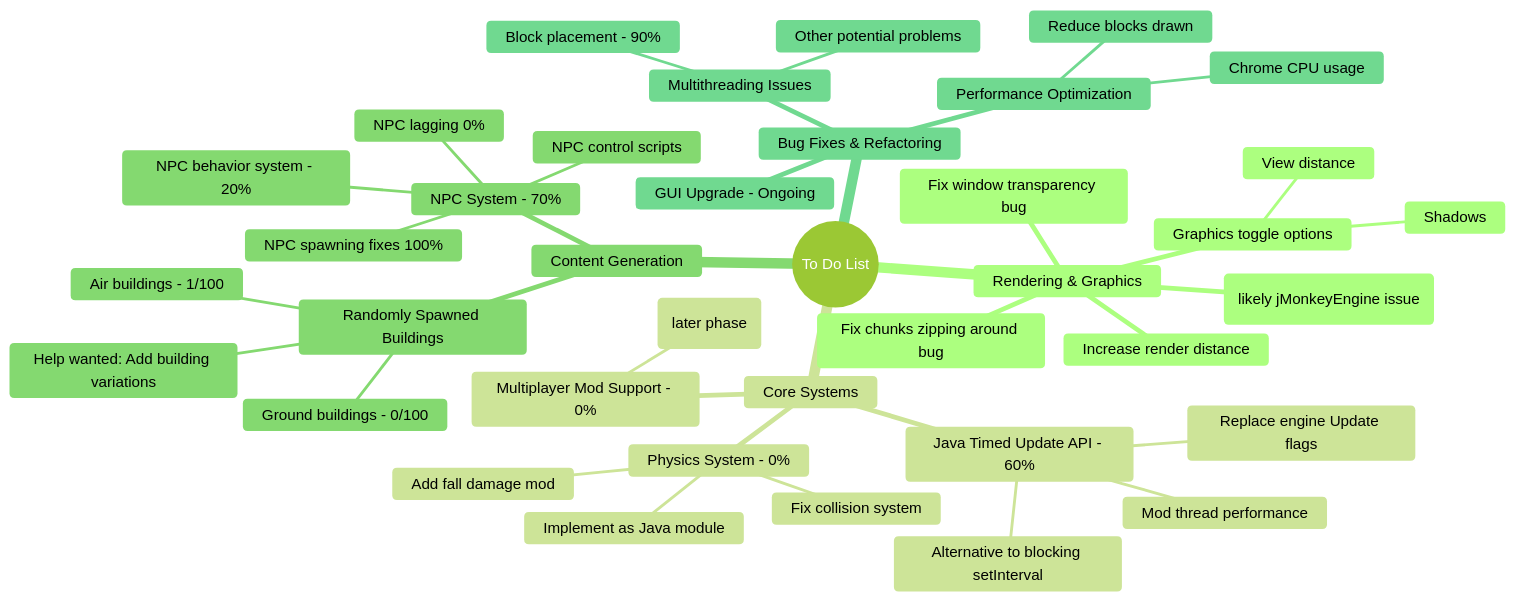
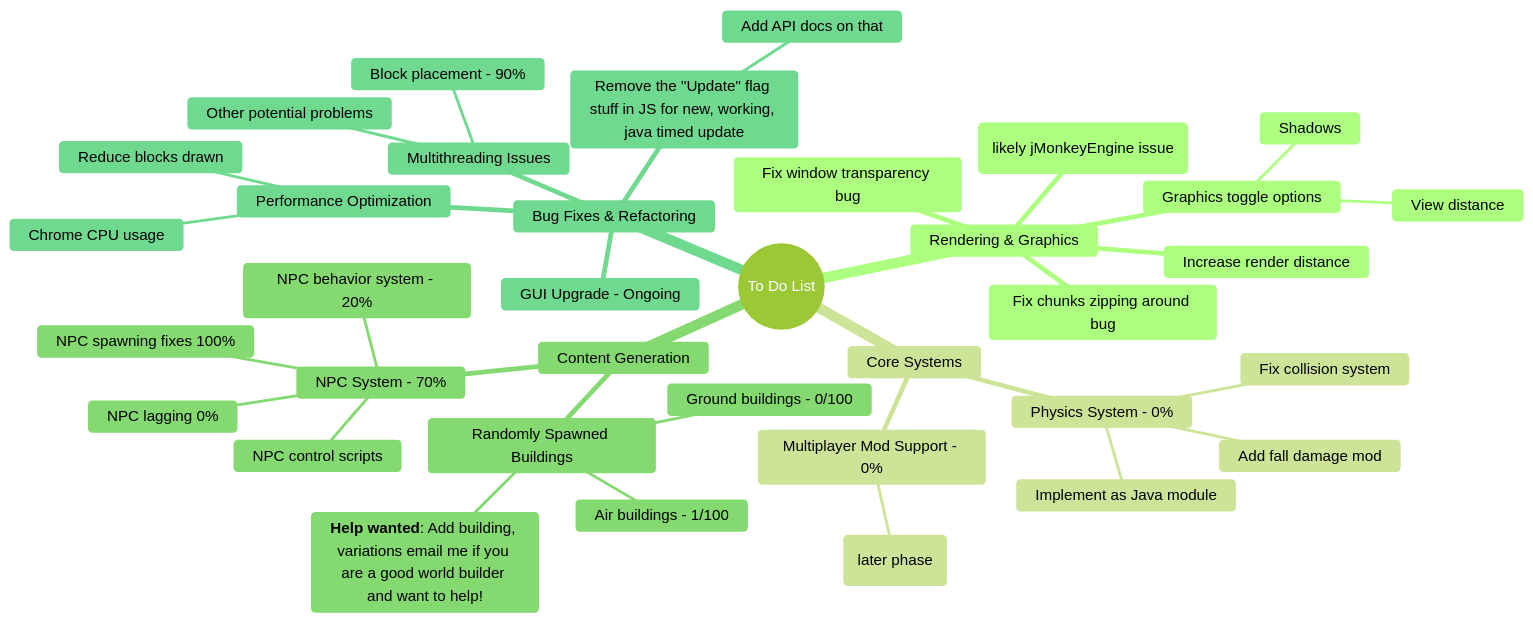
The diagram in README.md (OxillenGlow/MtSharpGrain), drawn with Mermaid (forest theme) before and after one commit. The commit also changed other lines of this file, not shown here.

````diff
--- a/README.md
+++ b/README.md
@@ -109,41 +109,39 @@
 ```mermaid
 mindmap
   root((To Do List))
     Rendering & Graphics
       Shadow renderer bug (likely jMonkeyEngine issue)
       Graphics toggle options
         View distance
         Shadows
       Increase render distance
       Fix window transparency bug
       Fix chunks zipping around bug
     Core Systems
-      Java Timed Update API - 60%
-        Replace engine Update flags
-        Mod thread performance
-        Alternative to blocking setInterval
       Physics System - 0%
         Implement as Java module
         Fix collision system
         Add fall damage mod
       Multiplayer Mod Support - 0%
         Real multiplayer (later phase)
     Content Generation
       Randomly Spawned Buildings
         Ground buildings - 0/100
         Air buildings - 1/100
-        Help wanted: Add building variations
+        **Help wanted**: Add building, variations email me if you are a good world builder and want to help!
       NPC System - 70%
         NPC spawning fixes 100%
         NPC behavior system - 20%
         NPC control scripts
         NPC lagging 0%
     Bug Fixes & Refactoring
       Multithreading Issues
         Block placement - 90%
         Other potential problems
       Performance Optimization
         Reduce blocks drawn
         Chrome CPU usage
       GUI Upgrade - Ongoing
+      Remove the "Update" flag stuff in JS for new, working, java timed update
+        Add API docs on that
 ```
````
